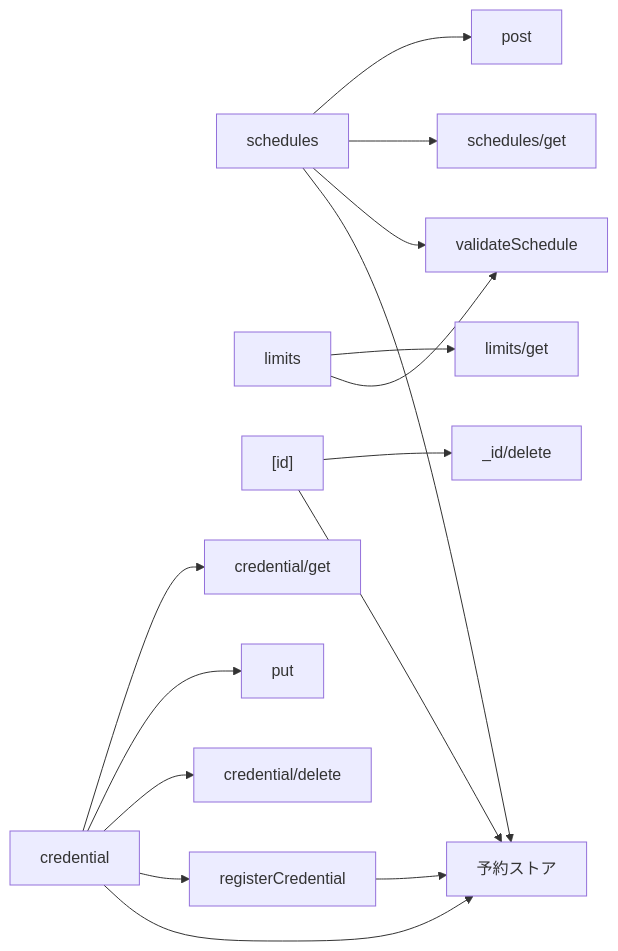
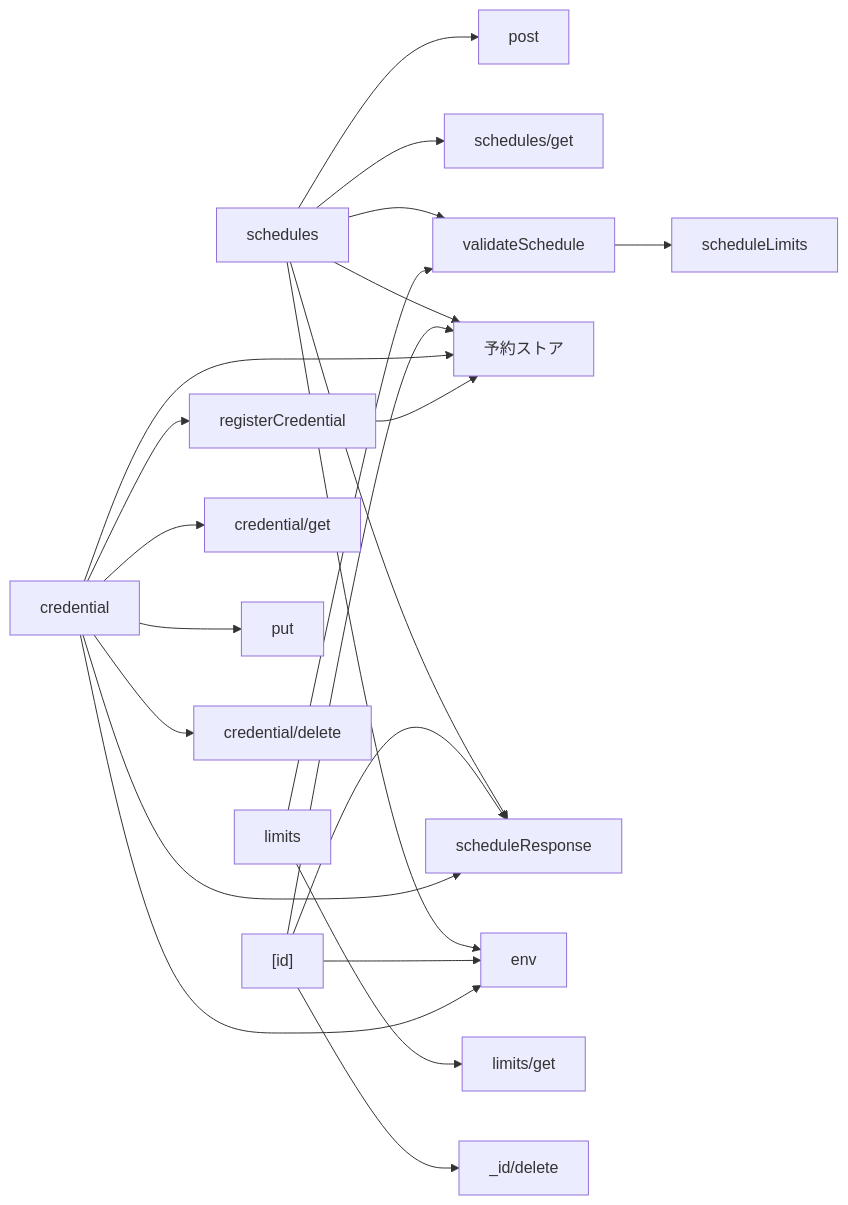
One commit to nekono-dev/skyshare changed the first of 2 diagrams in specs/schedule-api/design.md. Above: the diagram before and after it, drawn with Mermaid. The commit also changed other lines of this file and 29 other files, not shown here.

````diff
--- a/specs/schedule-api/design.md
+++ b/specs/schedule-api/design.md
@@ -25,17 +28,24 @@
 ```mermaid
 flowchart LR
   schedules --> post
   schedules --> schedulesGet["schedules/get"]
   schedules --> validateSchedule
   schedules --> ext_store["予約ストア"]
+  schedules --> scheduleResponse
+  schedules --> env
+  validateSchedule --> scheduleLimits
   limits --> limitsGet["limits/get"]
   limits --> validateSchedule
   id["[id]"] --> idDelete["_id/delete"]
   id --> ext_store
+  id --> scheduleResponse
+  id --> env
   credential --> credentialGet["credential/get"]
   credential --> put
   credential --> credentialDelete["credential/delete"]
   credential --> registerCredential
   credential --> ext_store
+  credential --> scheduleResponse
+  credential --> env
   registerCredential --> ext_store
 ```
````
